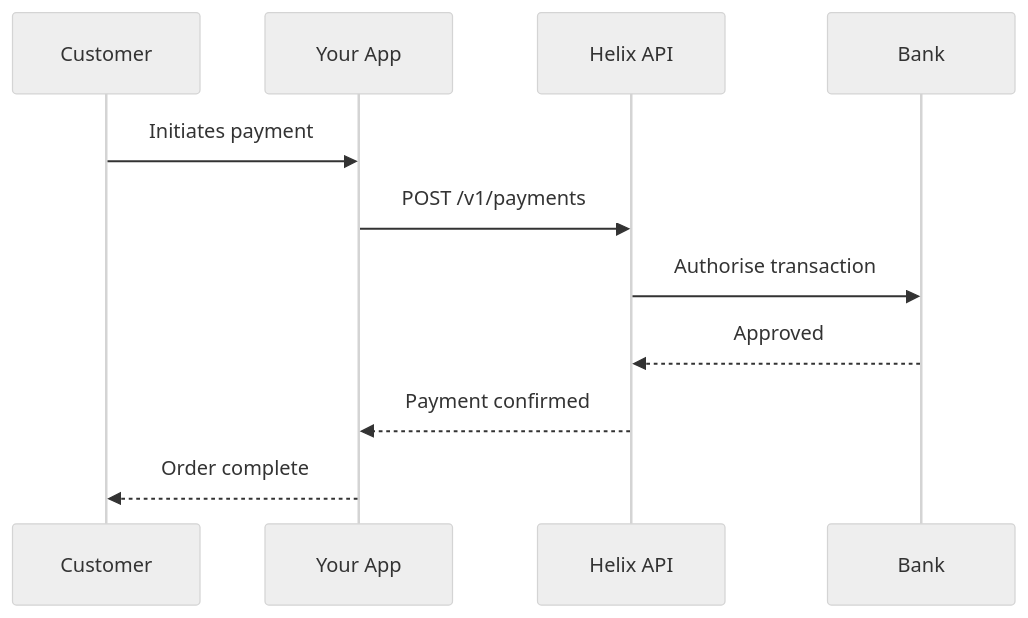
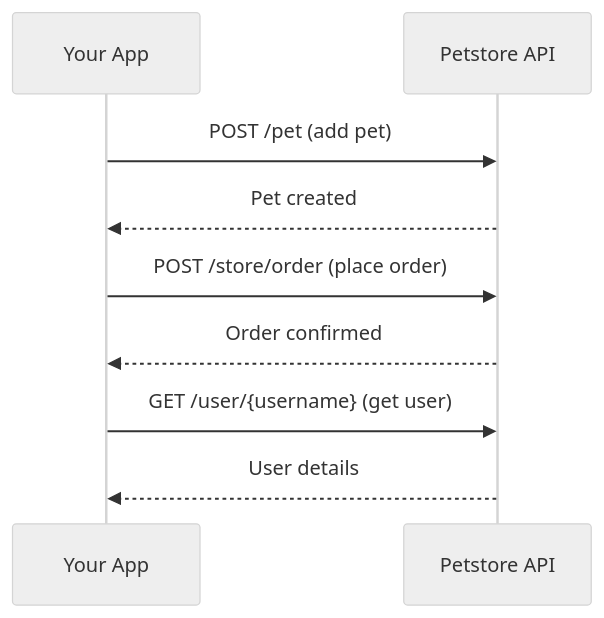
One commit to matthewrgourd/doc-platform changed the diagram in docs/getting-started/index.md. Above: the diagram before and after it, drawn with Mermaid (neutral theme). The commit also changed other lines of this file and 29 other files, not shown here.

Commit message:
Align docs with Petstore API: replace Helix/payments content with pets, store, and users

````diff
--- a/docs/getting-started/index.md
+++ b/docs/getting-started/index.md
@@ -25,14 +25,14 @@
 ```mermaid
 sequenceDiagram
-    participant Customer
     participant Your App
-    participant Helix API
-    participant Bank
+    participant Petstore API
 
-    Customer->>Your App: Initiates payment
-    Your App->>Helix API: POST /v1/payments
-    Helix API->>Bank: Authorise transaction
-    Bank-->>Helix API: Approved
-    Helix API-->>Your App: Payment confirmed
-    Your App-->>Customer: Order complete
+    Your App->>Petstore API: POST /pet (add pet)
+    Petstore API-->>Your App: Pet created
+
+    Your App->>Petstore API: POST /store/order (place order)
+    Petstore API-->>Your App: Order confirmed
+
+    Your App->>Petstore API: GET /user/{username} (get user)
+    Petstore API-->>Your App: User details
 ```
````
